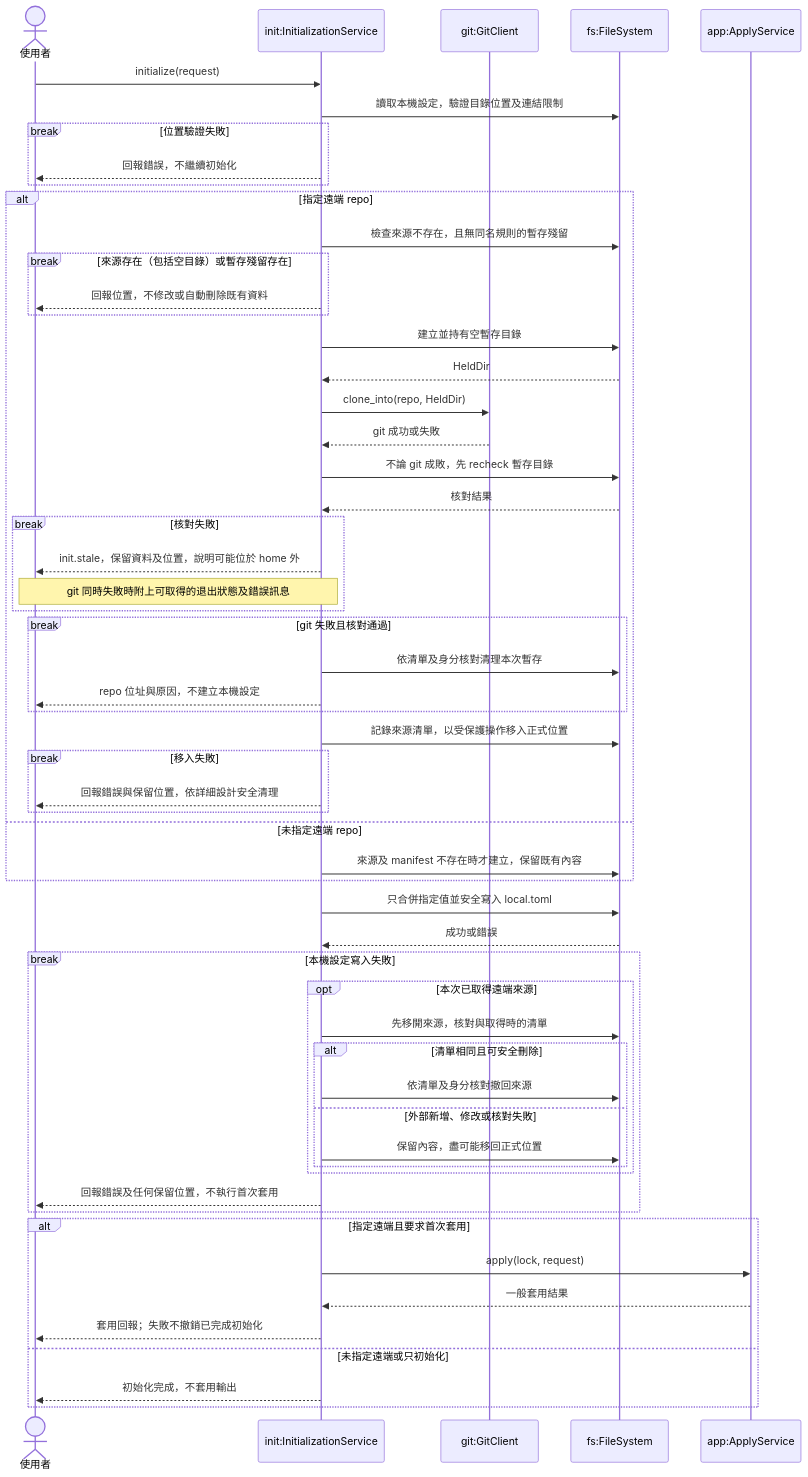
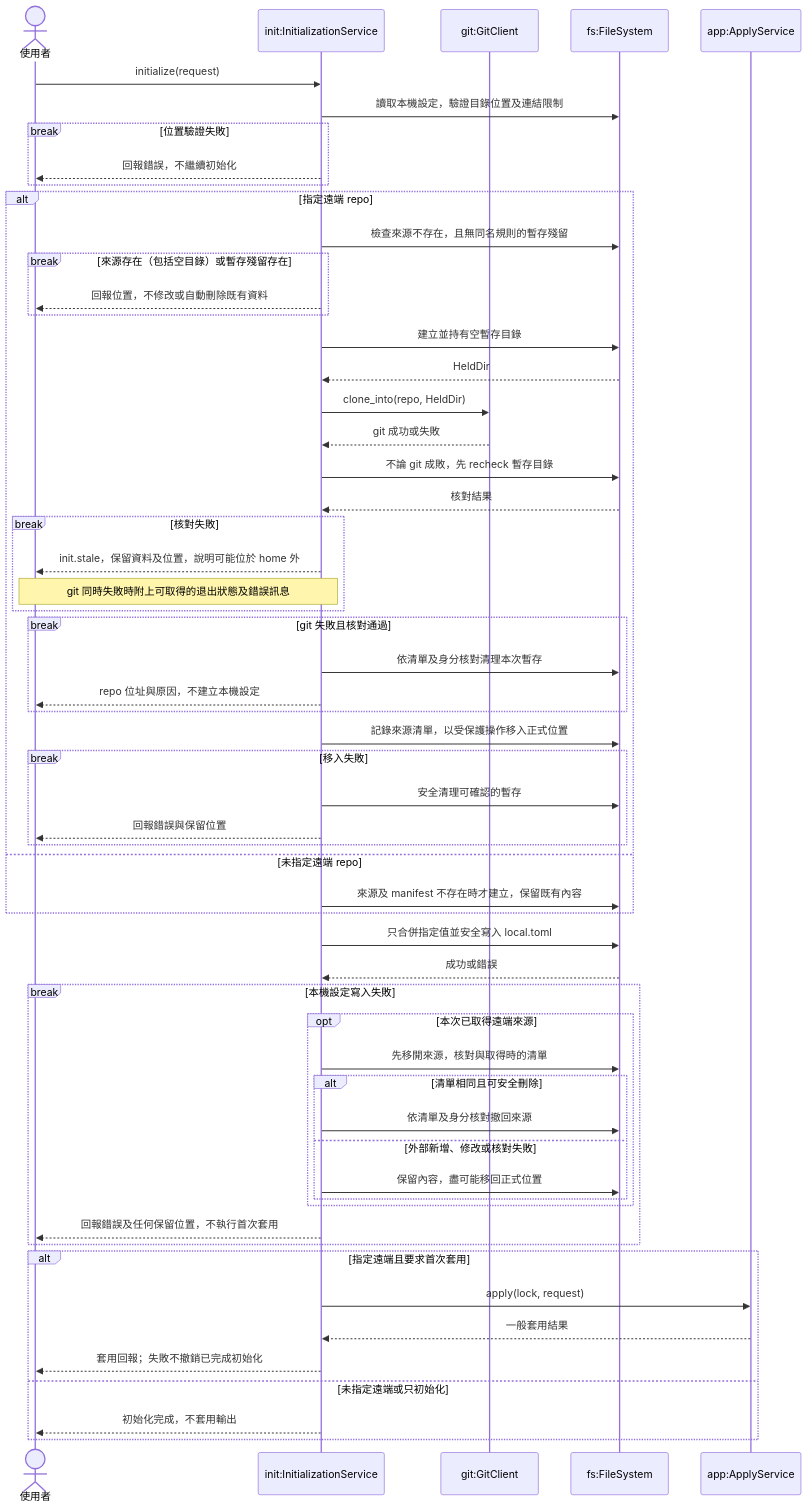
The tenth of 10 diagrams in docs/03-preliminary-design/uml.md (accidental-two-timer-sam-woof/rosamta-waterfall), drawn with Mermaid before and after one commit. The commit also changed other lines of this file and 4 other files, not shown here.

````diff
--- a/docs/03-preliminary-design/uml.md
+++ b/docs/03-preliminary-design/uml.md
@@ -719,59 +719,60 @@
 ```mermaid
 sequenceDiagram
     actor U as 使用者
     participant I as init:InitializationService
     participant G as git:GitClient
     participant F as fs:FileSystem
     participant A as app:ApplyService
     U->>I: initialize(request)
     I->>F: 讀取本機設定，驗證目錄位置及連結限制
     break 位置驗證失敗
         I-->>U: 回報錯誤，不繼續初始化
     end
     alt 指定遠端 repo
         I->>F: 檢查來源不存在，且無同名規則的暫存殘留
         break 來源存在（包括空目錄）或暫存殘留存在
             I-->>U: 回報位置，不修改或自動刪除既有資料
         end
         I->>F: 建立並持有空暫存目錄
         F-->>I: HeldDir
         I->>G: clone_into(repo, HeldDir)
         G-->>I: git 成功或失敗
         I->>F: 不論 git 成敗，先 recheck 暫存目錄
         F-->>I: 核對結果
         break 核對失敗
             I-->>U: init.stale，保留資料及位置，說明可能位於 home 外
             Note over I,U: git 同時失敗時附上可取得的退出狀態及錯誤訊息
         end
         break git 失敗且核對通過
             I->>F: 依清單及身分核對清理本次暫存
             I-->>U: repo 位址與原因，不建立本機設定
         end
         I->>F: 記錄來源清單，以受保護操作移入正式位置
         break 移入失敗
-            I-->>U: 回報錯誤與保留位置，依詳細設計安全清理
+            I->>F: 安全清理可確認的暫存
+            I-->>U: 回報錯誤與保留位置
         end
     else 未指定遠端 repo
         I->>F: 來源及 manifest 不存在時才建立，保留既有內容
     end
     I->>F: 只合併指定值並安全寫入 local.toml
     F-->>I: 成功或錯誤
     break 本機設定寫入失敗
         opt 本次已取得遠端來源
             I->>F: 先移開來源，核對與取得時的清單
             alt 清單相同且可安全刪除
                 I->>F: 依清單及身分核對撤回來源
             else 外部新增、修改或核對失敗
                 I->>F: 保留內容，盡可能移回正式位置
             end
         end
         I-->>U: 回報錯誤及任何保留位置，不執行首次套用
     end
     alt 指定遠端且要求首次套用
         I->>A: apply(lock, request)
         A-->>I: 一般套用結果
         I-->>U: 套用回報；失敗不撤銷已完成初始化
     else 未指定遠端或只初始化
         I-->>U: 初始化完成，不套用輸出
     end
 ```
````
